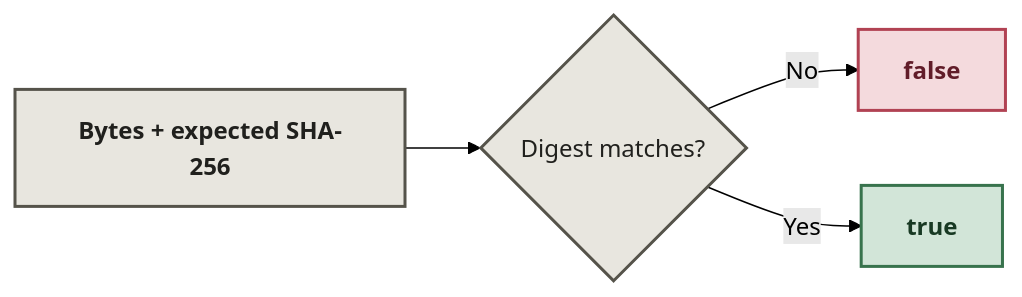
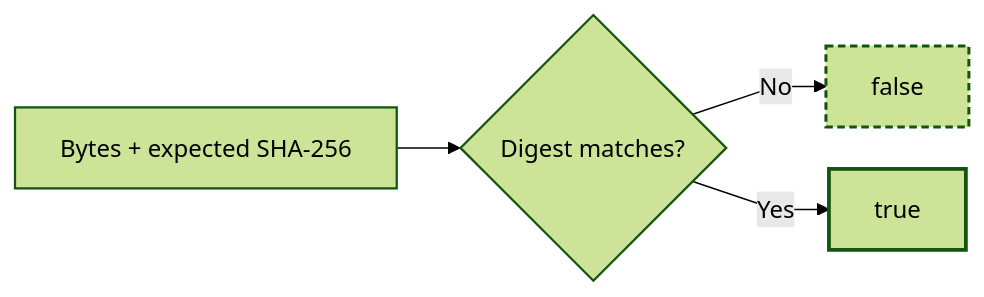
One commit to Niyam-Paneru/ubuntu-phone-compute-bridge changed the third of 3 diagrams in README.md. Above: the diagram before and after it, drawn with Mermaid (forest theme). The commit also changed other lines of this file, not shown here.

Commit message:
Improve Mermaid layout and light-dark theme readability

````diff
--- a/README.md
+++ b/README.md
@@ -51,12 +70,21 @@
 ```mermaid
+---
+config:
+  flowchart:
+    curve: linear
+    nodeSpacing: 28
+    rankSpacing: 42
+---
 flowchart LR
-    A["<b>Bytes + expected SHA-256</b>"] --> H{"Digest matches?"}
-    H -- No --> F["<b>false</b>"]
-    H -- Yes --> T["<b>true</b>"]
-    classDef input fill:#e8e6df,stroke:#55534a,color:#20201d,stroke-width:2px;
-    classDef pass fill:#d2e5d8,stroke:#38734d,color:#183923,stroke-width:2px;
-    classDef stop fill:#f4dadd,stroke:#b14253,color:#611c29,stroke-width:2px;
+    accTitle: Caller validation: check the result before using it
+    accDescr: Decision flow for caller validation: check the result before using it.
+    A["Bytes + expected SHA-256"] --> H{"Digest matches?"}
+    H -- No --> F["false"]
+    H -- Yes --> T["true"]
+    classDef input stroke-width:1.5px;
+    classDef pass stroke-width:2.5px;
+    classDef stop stroke-width:2px,stroke-dasharray:5 3;
     class A,H input;
     class T pass;
     class F stop;
 ```
````
